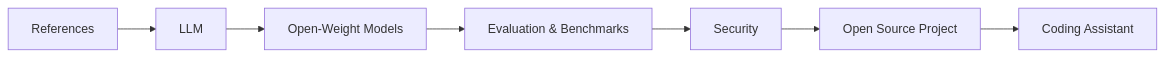
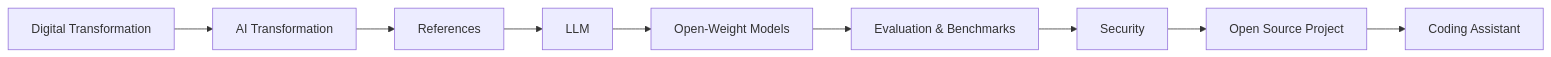
Before and after one commit to simjaecheol/all-about-llm: the fifth of 5 diagrams in README.md, drawn with Mermaid. The commit also changed other lines of this file and 33 other files, not shown here.

````diff
--- a/README.md
+++ b/README.md
@@ -72,9 +72,11 @@
 ```mermaid
 flowchart LR
-    A[References] --> B[LLM]
-    B --> C[Open-Weight Models]
-    C --> D[Evaluation & Benchmarks]
-    D --> E[Security]
-    E --> F[Open Source Project]
-    F --> G[Coding Assistant]
+    A[Digital Transformation] --> B[AI Transformation]
+    B --> C[References]
+    C --> D[LLM]
+    D --> E[Open-Weight Models]
+    E --> F[Evaluation & Benchmarks]
+    F --> G[Security]
+    G --> H[Open Source Project]
+    H --> I[Coding Assistant]
 ```
````
